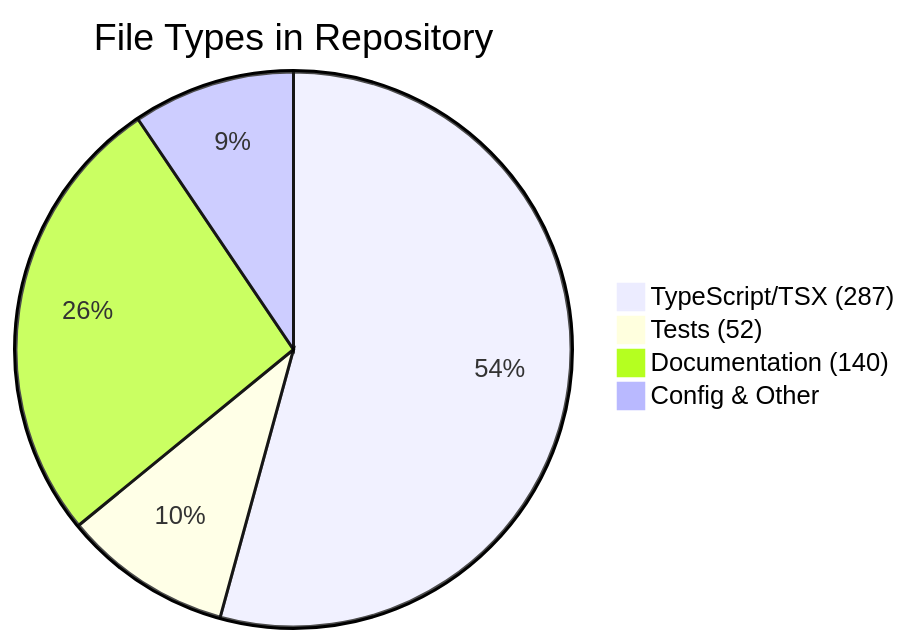
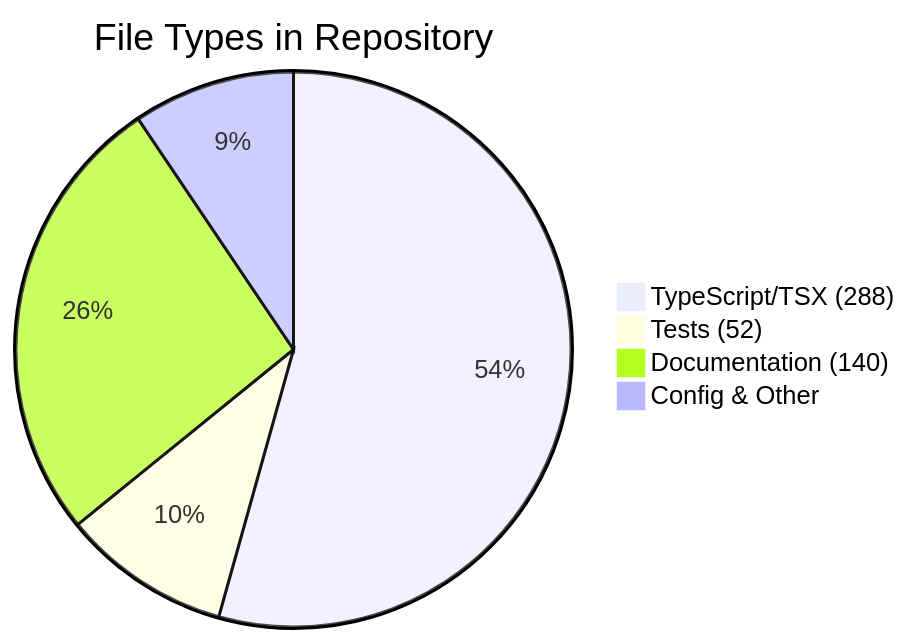
One commit to peteywee/fresh-root changed the diagram in docs/visuals/FILE_DISTRIBUTION.md. Above: the diagram before and after it, drawn with Mermaid. The commit also changed other lines of this file and 2 other files, not shown here.

Commit message:
chore(visuals): auto-update architecture and repo state diagrams
- Architecture: monorepo structure and dependencies

- Repo State: branch status and git history

- Dependency Health: vulnerability and peer dep analysis

- File Distribution: code metrics and organization

Generated by: automation/generate-visuals.yml

````diff
--- a/docs/visuals/FILE_DISTRIBUTION.md
+++ b/docs/visuals/FILE_DISTRIBUTION.md
@@ -3,7 +3,7 @@
 ```mermaid
 pie title File Types in Repository
-    "TypeScript/TSX (287)" : 287
+    "TypeScript/TSX (288)" : 288
     "Tests (52)" : 52
     "Documentation (140)" : 140
     "Config & Other" : 50
 ```
````
